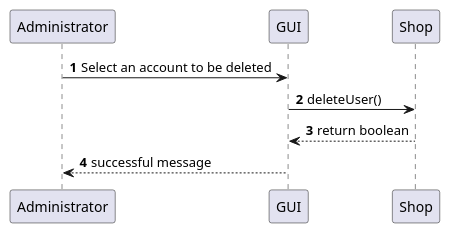
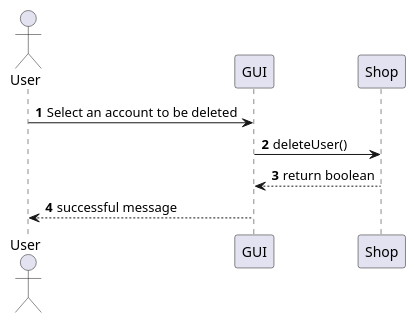
One commit to Stormz4/group20-EzShop changed the seventh of 23 diagrams in Deliverables/DesignDocument.md. Above: the diagram before and after it, drawn with PlantUML. The commit also changed other lines of this file, not shown here.

Commit message:
Doc: User setted as actor in sequence diagrams.

````diff
--- a/Deliverables/DesignDocument.md
+++ b/Deliverables/DesignDocument.md
@@ -375,9 +378,10 @@
 ```plantuml
 @startuml
+Actor User
 autonumber
-Administrator -> GUI: Select an account to be deleted
+User -> GUI: Select an account to be deleted
 GUI -> Shop: deleteUser()
 Shop --> GUI: return boolean
-GUI --> Administrator: successful message
+GUI --> User: successful message
 @enduml
 ```
````
